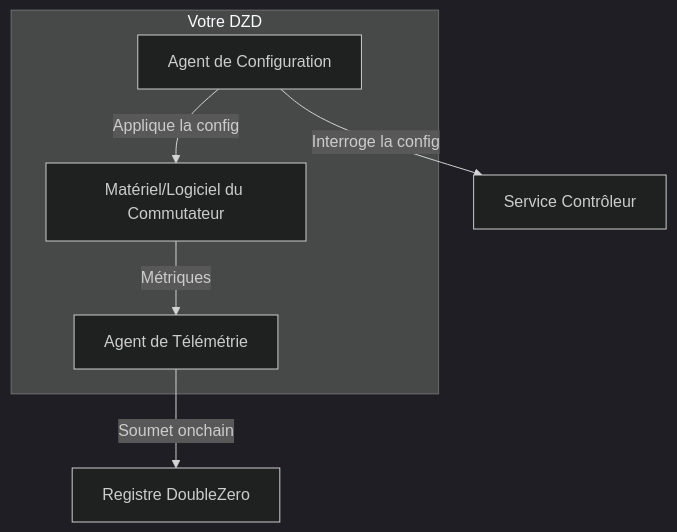
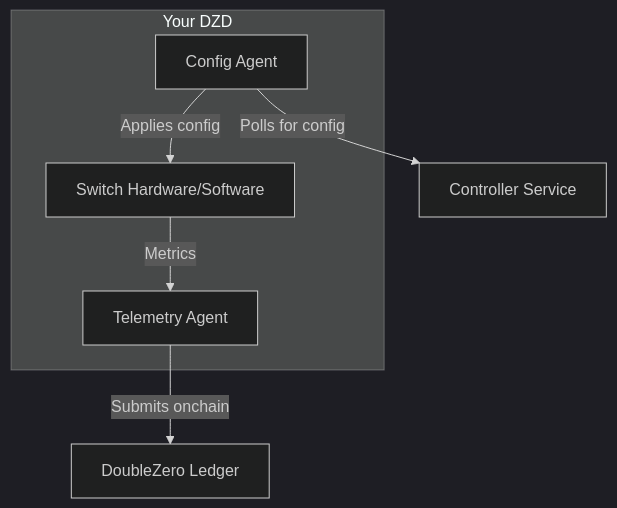
One commit to malbeclabs/docs changed diagram 12 of 13 in docs/contribute-provisioning.fr.md. Above: the diagram before and after it, drawn with Mermaid (dark theme). The commit also changed other lines of this file and 160 other files, not shown here.

````diff
--- a/docs/contribute-provisioning.fr.md
+++ b/docs/contribute-provisioning.fr.md
@@ -697,14 +766,14 @@
 ```mermaid
 flowchart TB
-    subgraph "Votre DZD"
-        CA[Agent de Configuration]
-        TA[Agent de Télémétrie]
-        HW[Matériel/Logiciel du Commutateur]
+    subgraph "Your DZD"
+        CA[Config Agent]
+        TA[Telemetry Agent]
+        HW[Switch Hardware/Software]
     end
 
-    CA -->|Interroge la config| CTRL[Service Contrôleur]
-    CA -->|Applique la config| HW
+    CA -->|Polls for config| CTRL[Controller Service]
+    CA -->|Applies config| HW
 
-    HW -->|Métriques| TA
-    TA -->|Soumet onchain| BC[Registre DoubleZero]
+    HW -->|Metrics| TA
+    TA -->|Submits onchain| BC[DoubleZero Ledger]
 ```
````
